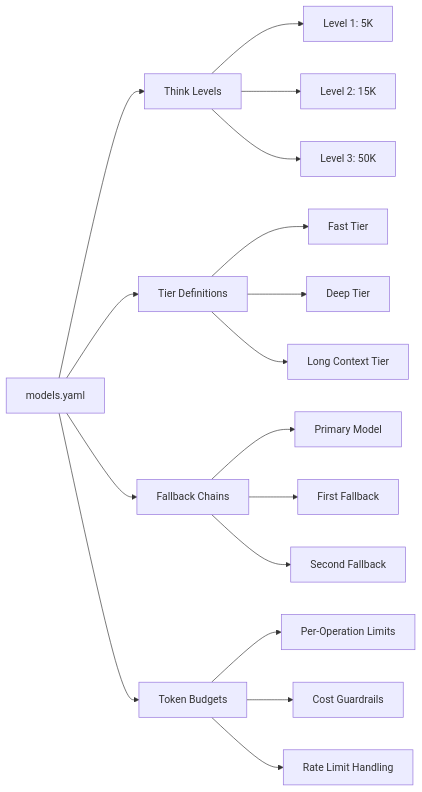
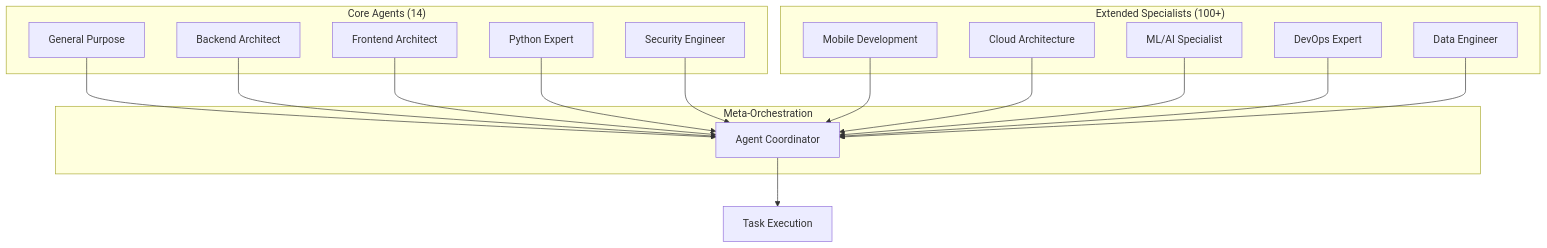
The ninth of 14 diagrams in README.md (Tony363/SuperClaude), drawn with Mermaid before and after one commit. The commit also changed other lines of this file and 1 other file, not shown here.

Commit message:
architecture overview

````diff
--- a/README.md
+++ b/README.md
@@ -609,23 +577,35 @@
 ```mermaid
-graph LR
-    A[models.yaml] --> B[Think Levels]
-    A --> C[Tier Definitions]
-    A --> D[Fallback Chains]
-    A --> E[Token Budgets]
+graph TB
+    subgraph "Core Agents (14)"
+        A1[General Purpose]
+        A2[Backend Architect]
+        A3[Frontend Architect]
+        A4[Python Expert]
+        A5[Security Engineer]
+    end
 
-    B --> B1[Level 1: 5K]
-    B --> B2[Level 2: 15K]
-    B --> B3[Level 3: 50K]
+    subgraph "Extended Specialists (100+)"
+        B1[Mobile Development]
+        B2[Cloud Architecture]
+        B3[ML/AI Specialist]
+        B4[DevOps Expert]
+        B5[Data Engineer]
+    end
 
-    C --> C1[Fast Tier]
-    C --> C2[Deep Tier]
-    C --> C3[Long Context Tier]
+    subgraph "Meta-Orchestration"
+        C[Agent Coordinator]
+    end
 
-    D --> D1[Primary Model]
-    D --> D2[First Fallback]
-    D --> D3[Second Fallback]
+    A1 --> C
+    A2 --> C
+    A3 --> C
+    A4 --> C
+    A5 --> C
+    B1 --> C
+    B2 --> C
+    B3 --> C
+    B4 --> C
+    B5 --> C
 
-    E --> E1[Per-Operation Limits]
-    E --> E2[Cost Guardrails]
-    E --> E3[Rate Limit Handling]
+    C --> D[Task Execution]
 ```
````
